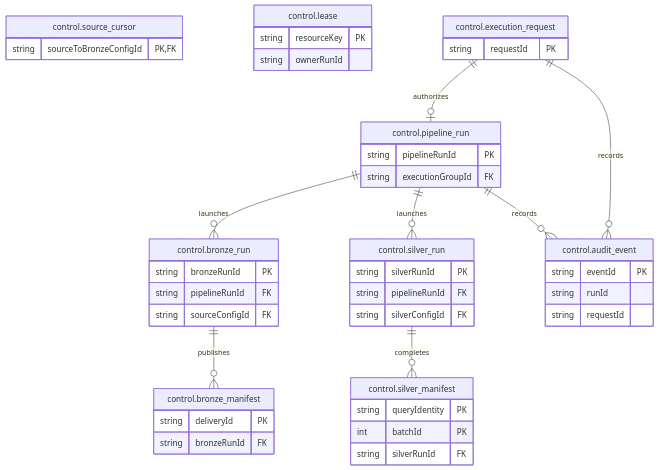
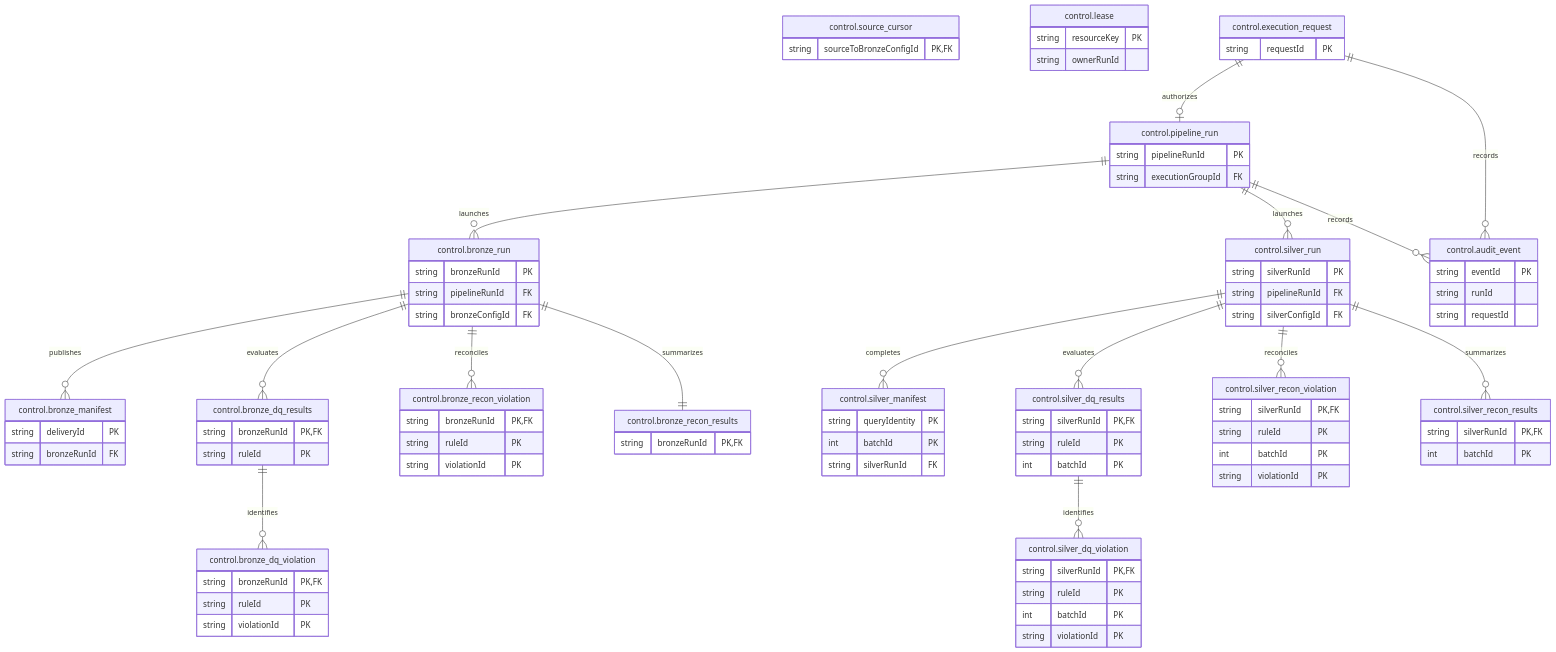
One commit to ruizengalways/enterprise-fabric-framework changed the second of 2 diagrams in docs/architecture/CONTROL_PLANE.md. Above: the diagram before and after it, drawn with Mermaid. The commit also changed other lines of this file and 111 other files, not shown here.

```diff
--- a/docs/architecture/CONTROL_PLANE.md
+++ b/docs/architecture/CONTROL_PLANE.md
@@ -112,7 +136,7 @@
     BronzeRun["control.bronze_run"] {
         string bronzeRunId PK
         string pipelineRunId FK
-        string sourceConfigId FK
+        string bronzeConfigId FK
     }
     SilverRun["control.silver_run"] {
         string silverRunId PK
@@ -123,10 +147,48 @@
         string deliveryId PK
         string bronzeRunId FK
     }
+    BronzeDqResults["control.bronze_dq_results"] {
+        string bronzeRunId PK, FK
+        string ruleId PK
+    }
+    BronzeDqViolation["control.bronze_dq_violation"] {
+        string bronzeRunId PK, FK
+        string ruleId PK
+        string violationId PK
+    }
+    BronzeReconViolation["control.bronze_recon_violation"] {
+        string bronzeRunId PK, FK
+        string ruleId PK
+        string violationId PK
+    }
+    BronzeReconResults["control.bronze_recon_results"] {
+        string bronzeRunId PK, FK
+    }
     SilverManifest["control.silver_manifest"] {
         string queryIdentity PK
         int batchId PK
         string silverRunId FK
+    }
+    SilverDqResults["control.silver_dq_results"] {
+        string silverRunId PK, FK
+        string ruleId PK
+        int batchId PK
+    }
+    SilverDqViolation["control.silver_dq_violation"] {
+        string silverRunId PK, FK
+        string ruleId PK
+        int batchId PK
+        string violationId PK
+    }
+    SilverReconViolation["control.silver_recon_violation"] {
+        string silverRunId PK, FK
+        string ruleId PK
+        int batchId PK
+        string violationId PK
+    }
+    SilverReconResults["control.silver_recon_results"] {
+        string silverRunId PK, FK
+        int batchId PK
     }
     SourceCursor["control.source_cursor"] {
         string sourceToBronzeConfigId PK, FK
@@ -147,7 +209,15 @@
     PipelineRun ||--o{ BronzeRun : launches
     PipelineRun ||--o{ SilverRun : launches
     BronzeRun ||--o{ BronzeManifest : publishes
+    BronzeRun ||--o{ BronzeDqResults : evaluates
+    BronzeDqResults ||--o{ BronzeDqViolation : identifies
+    BronzeRun ||--o{ BronzeReconViolation : reconciles
+    BronzeRun ||--|| BronzeReconResults : summarizes
     SilverRun ||--o{ SilverManifest : completes
+    SilverRun ||--o{ SilverDqResults : evaluates
+    SilverDqResults ||--o{ SilverDqViolation : identifies
+    SilverRun ||--o{ SilverReconViolation : reconciles
+    SilverRun ||--o{ SilverReconResults : summarizes
     ExecutionRequest ||--o| PipelineRun : authorizes
     PipelineRun ||--o{ AuditEvent : records
     ExecutionRequest ||--o{ AuditEvent : records
```
